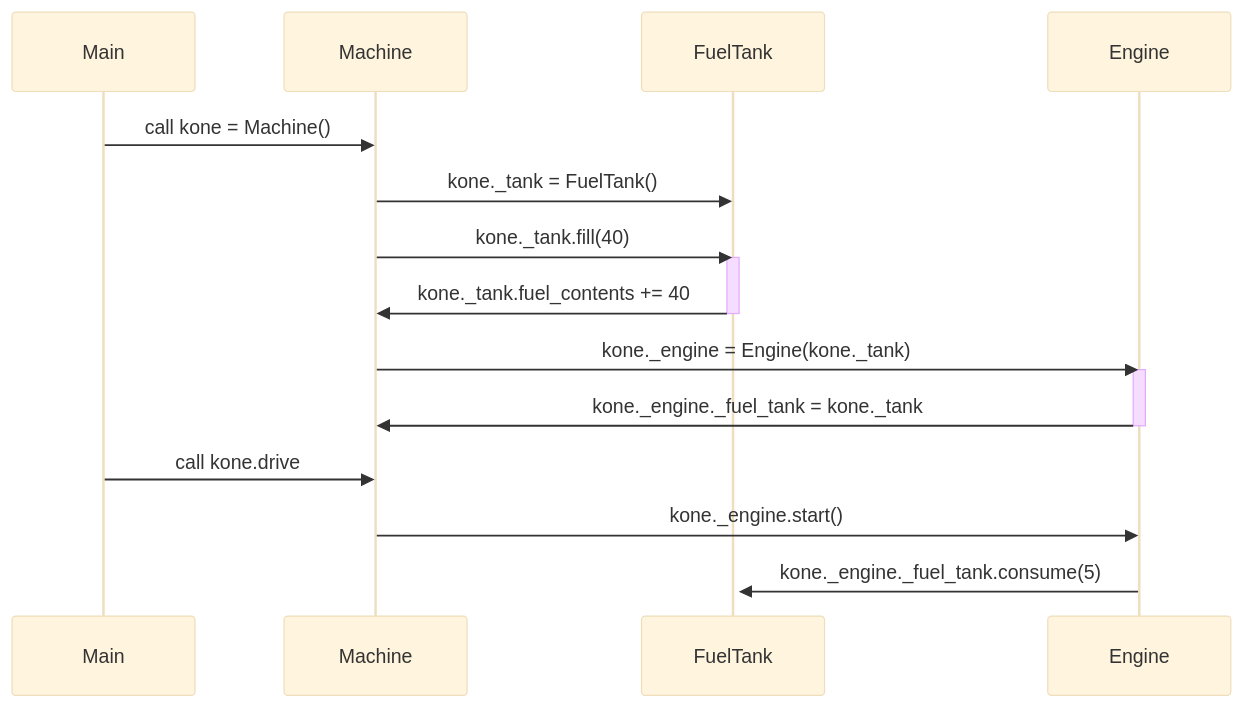
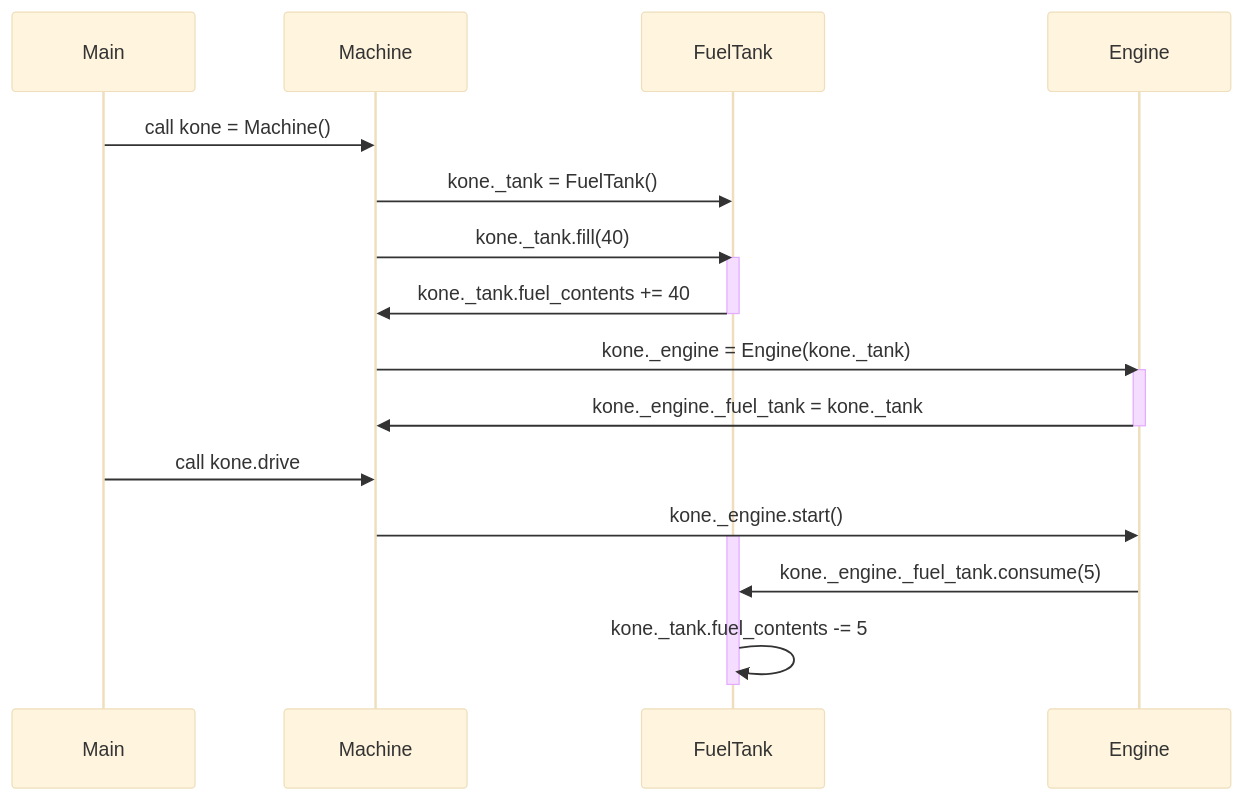
The diagram in laskarit/viikko3/sekvenssikaavio.md (EeroAnt/ot-harjoitusty-), drawn with Mermaid (base theme) before and after one commit.

Commit message:
sekvenssikaavio v0.164

````diff
--- a/laskarit/viikko3/sekvenssikaavio.md
+++ b/laskarit/viikko3/sekvenssikaavio.md
@@ -1,22 +1,24 @@
 ```mermaid
 sequenceDiagram
   participant Main
   participant Machine
   participant FuelTank
   participant Engine
   Main->>Machine: call kone = Machine()
   Machine->>FuelTank: kone._tank = FuelTank()
   Machine->>FuelTank: kone._tank.fill(40)
   activate FuelTank
   FuelTank->>Machine: kone._tank.fuel_contents += 40  
   deactivate FuelTank
   Machine->>Engine: kone._engine = Engine(kone._tank)
   activate Engine
   Engine->>Machine: kone._engine._fuel_tank = kone._tank
   deactivate Engine
   Main->>Machine: call kone.drive
   Machine->>Engine: kone._engine.start()
   activate FuelTank
   Engine->>FuelTank: kone._engine._fuel_tank.consume(5)
+  FuelTank->>FuelTank: kone._tank.fuel_contents -= 5
+  deactivate FuelTank
   
 ```
````
